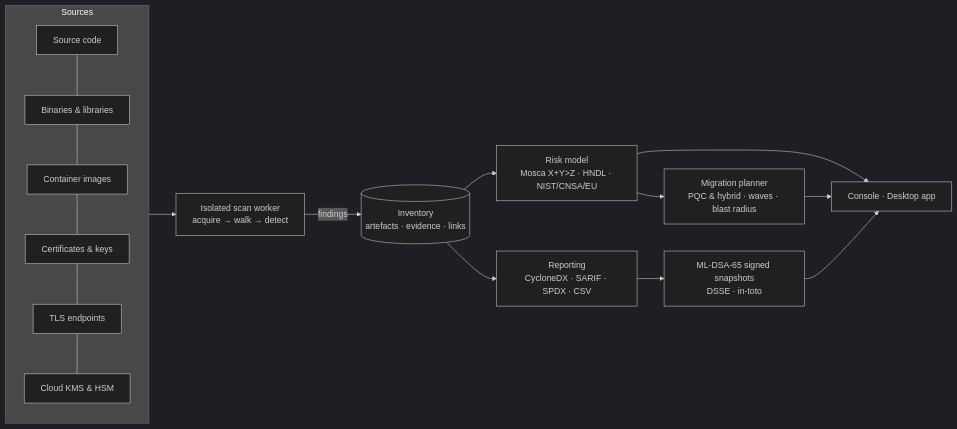
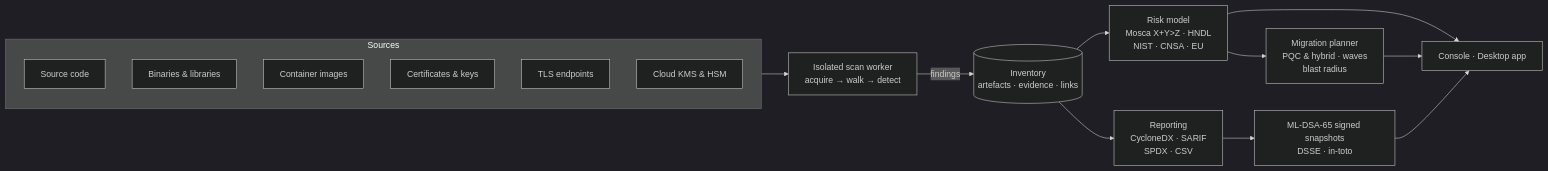
Before and after one commit to Priyaranjan-a/FALCON: the diagram in README.md, drawn with Mermaid (dark theme). The commit also changed other lines of this file and 23 other files, not shown here.

````diff
--- a/README.md
+++ b/README.md
@@ -233,15 +324,21 @@
 ```mermaid
 flowchart LR
-  subgraph Sources
-    A[Source code] --- B[Binaries & libraries] --- C[Container images] --- D[Certificates & keys] --- E[TLS endpoints] --- F[Cloud KMS & HSM]
+  subgraph S[" Sources "]
+    direction TB
+    A[Source code]
+    B[Binaries & libraries]
+    C[Container images]
+    D[Certificates & keys]
+    E[TLS endpoints]
+    F[Cloud KMS & HSM]
   end
-  Sources --> W[Isolated scan worker<br/>acquire → walk → detect]
-  W -- findings --> I[(Inventory<br/>artefacts · evidence · links)]
-  I --> R[Risk model<br/>Mosca X+Y>Z · HNDL · NIST/CNSA/EU]
-  R --> P[Migration planner<br/>PQC & hybrid · waves · blast radius]
-  I --> X[Reporting<br/>CycloneDX · SARIF · SPDX · CSV]
-  X --> S[ML-DSA-65 signed snapshots<br/>DSSE · in-toto]
-  R --> UI[Console · Desktop app]
+  S --> W["Isolated scan worker<br/>acquire → walk → detect"]
+  W -- findings --> I[("Inventory<br/>artefacts · evidence · links")]
+  I --> R["Risk model<br/>Mosca X+Y>Z · HNDL<br/>NIST · CNSA · EU"]
+  R --> P["Migration planner<br/>PQC & hybrid · waves<br/>blast radius"]
+  I --> X["Reporting<br/>CycloneDX · SARIF<br/>SPDX · CSV"]
+  X --> G["ML-DSA-65 signed snapshots<br/>DSSE · in-toto"]
+  R --> UI["Console · Desktop app"]
   P --> UI
-  S --> UI
+  G --> UI
 ```
````
